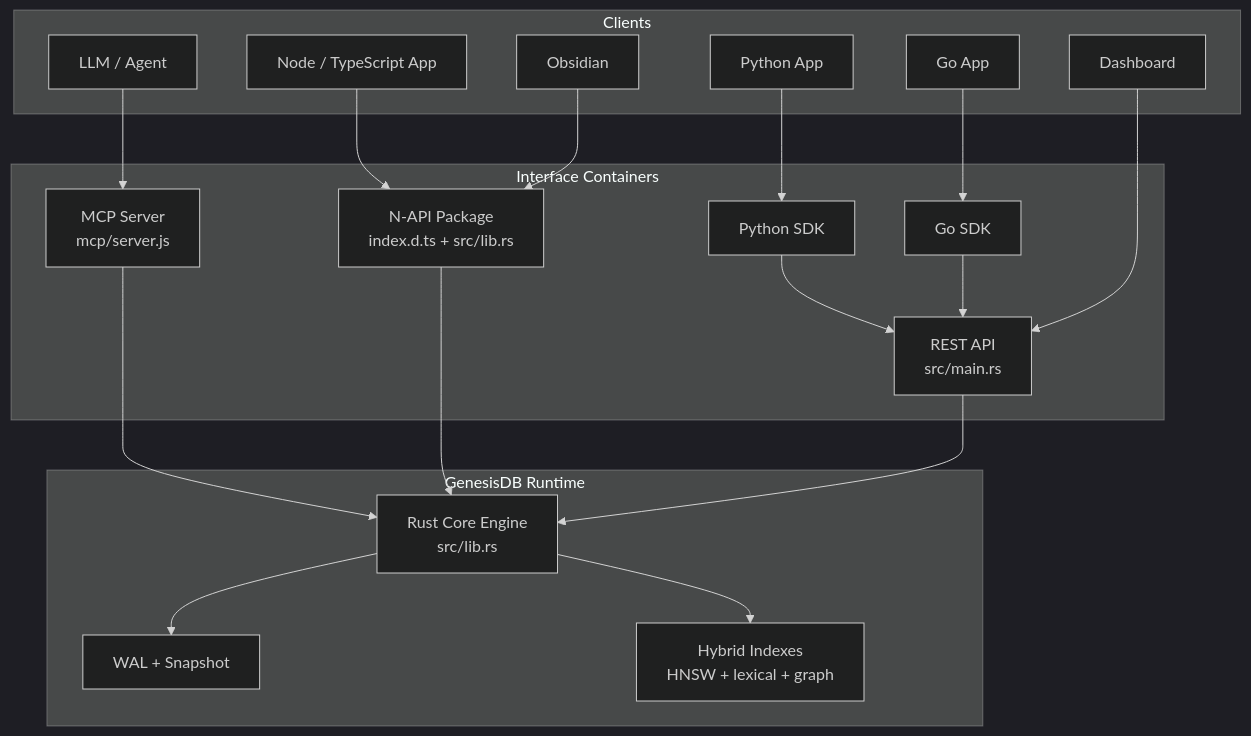
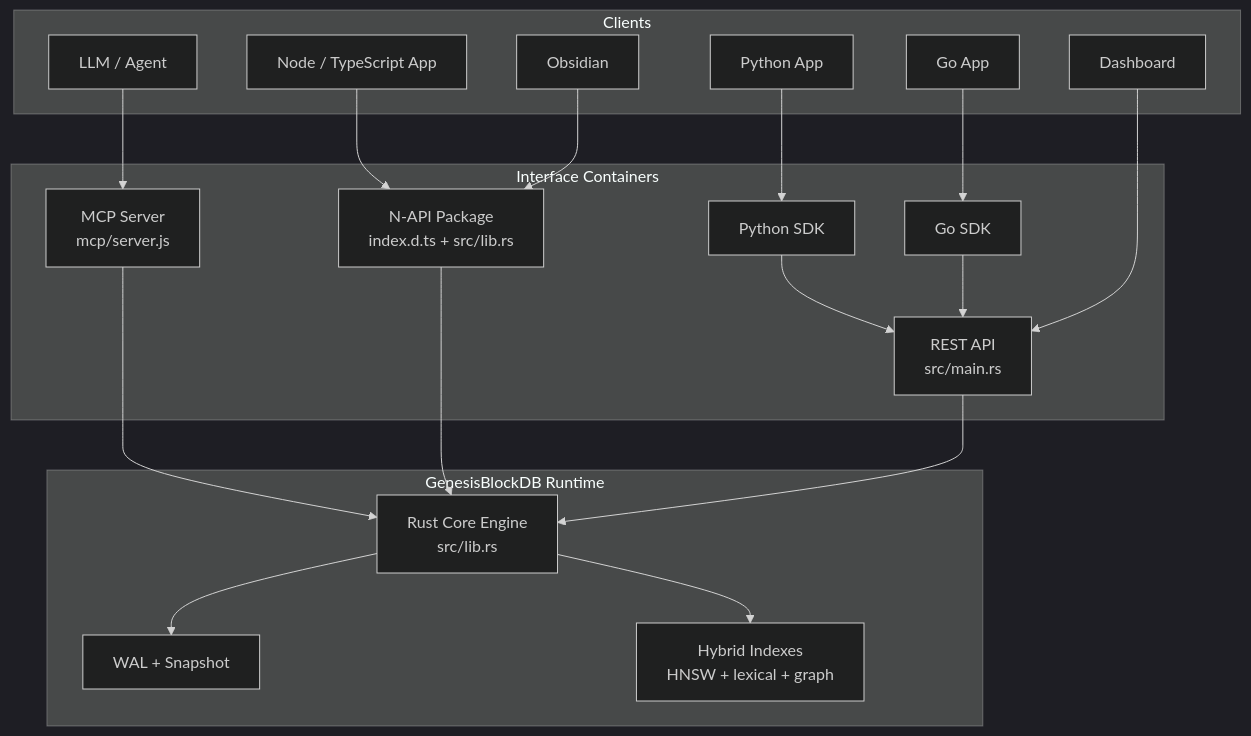
The second of 2 diagrams in docs/C4--GENESISDB-ARCHITECTURE.md (Freshair129/GenesisBlock), drawn with Mermaid (dark theme) before and after one commit. The commit also changed other lines of this file and 82 other files, not shown here.

First line of the commit message:
docs: rename GenesisDB -> GenesisBlockDB across repo

````diff
--- a/docs/C4--GENESISDB-ARCHITECTURE.md
+++ b/docs/C4--GENESISDB-ARCHITECTURE.md
@@ -96,37 +96,37 @@
 ```mermaid
 flowchart TB
     subgraph clients["Clients"]
         llm["LLM / Agent"]
         ts["Node / TypeScript App"]
         py["Python App"]
         go["Go App"]
         ui["Dashboard"]
         obs["Obsidian"]
     end
 
     subgraph interfaces["Interface Containers"]
         mcp["MCP Server\nmcp/server.js"]
         napi["N-API Package\nindex.d.ts + src/lib.rs"]
         rest["REST API\nsrc/main.rs"]
         sdkpy["Python SDK"]
         sdkgo["Go SDK"]
     end
 
-    subgraph engine["GenesisDB Runtime"]
+    subgraph engine["GenesisBlockDB Runtime"]
         core["Rust Core Engine\nsrc/lib.rs"]
         wal["WAL + Snapshot"]
         index["Hybrid Indexes\nHNSW + lexical + graph"]
     end
 
     llm --> mcp
     ts --> napi
     py --> sdkpy --> rest
     go --> sdkgo --> rest
     ui --> rest
     obs --> napi
     mcp --> core
     napi --> core
     rest --> core
     core --> wal
     core --> index
 ```
````
